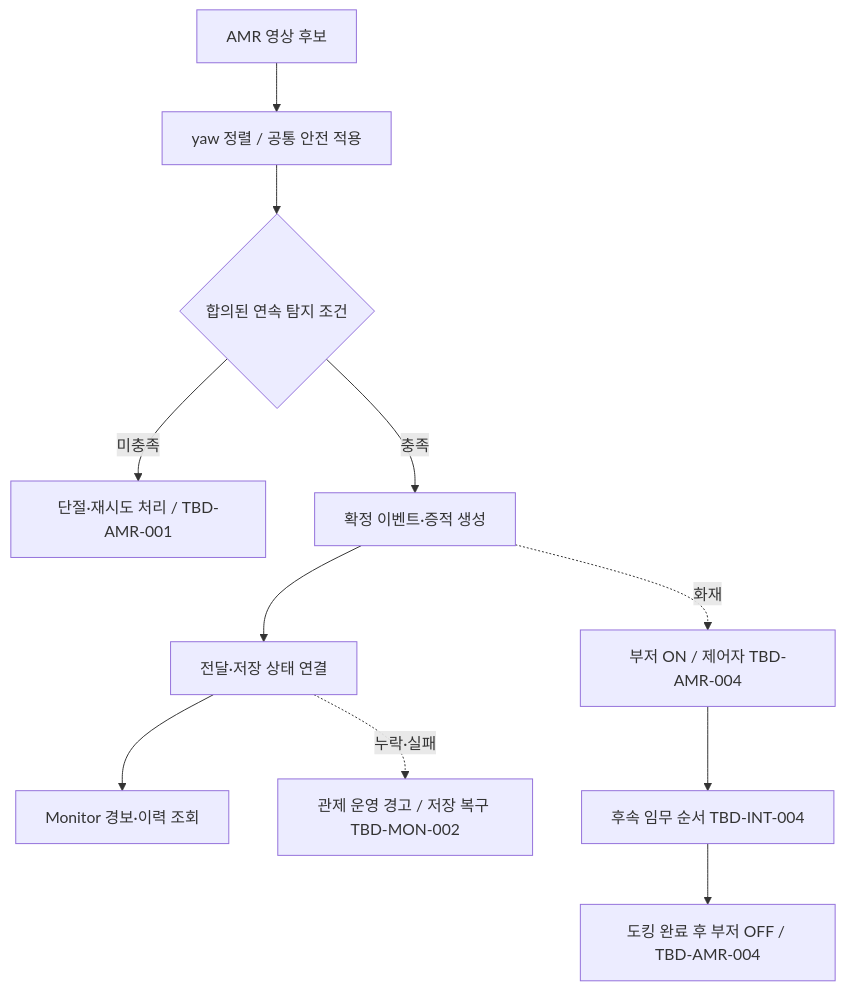
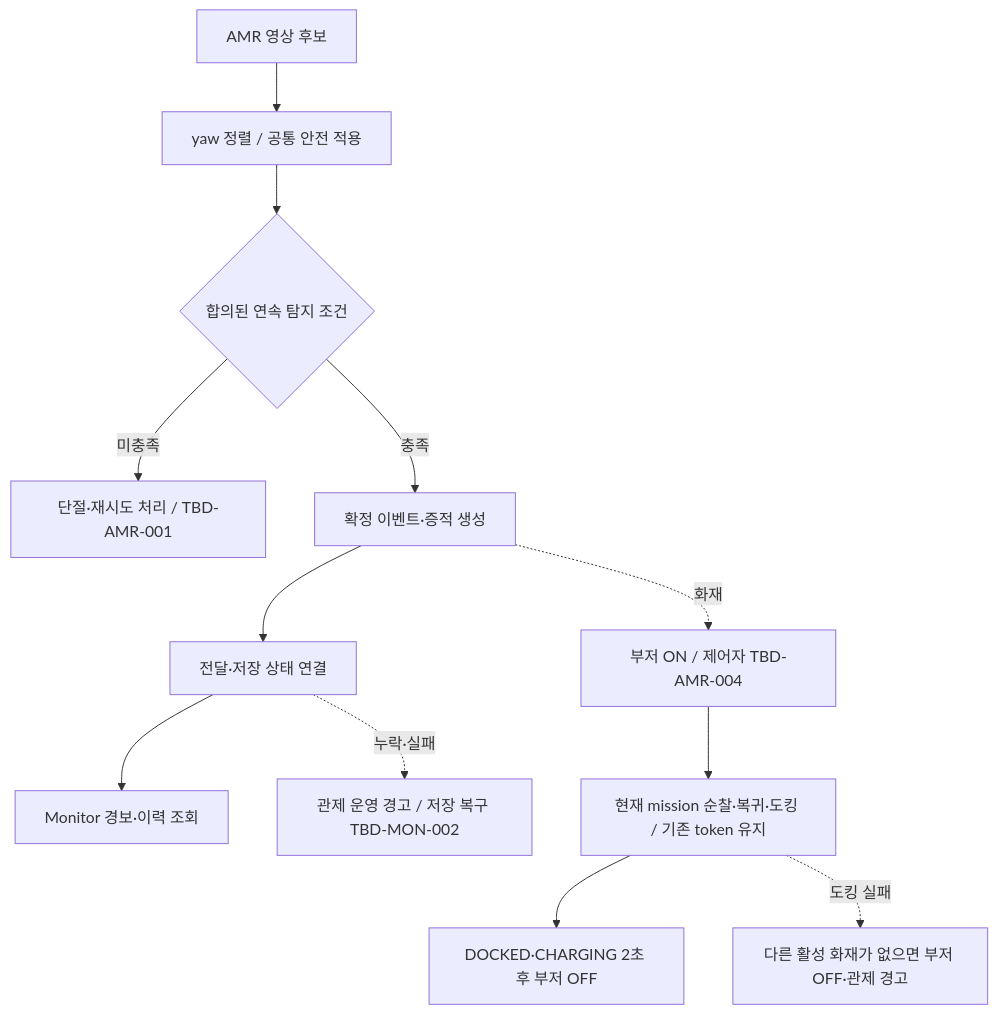
Before and after one commit to suuuhululu/patrol: the second of 8 diagrams in docs/scenarios.md, drawn with Mermaid. The commit also changed other lines of this file and 5 other files, not shown here.

Commit message:
AMR 팀과 TBD 합의사항 추가

```diff
--- a/docs/scenarios.md
+++ b/docs/scenarios.md
@@ -79,13 +79,14 @@
 ~~~mermaid
 flowchart TD
     A[AMR 영상 후보] --> B[yaw 정렬 / 공통 안전 적용]
     B --> C{합의된 연속 탐지 조건}
     C -->|미충족| D[단절·재시도 처리 / TBD-AMR-001]
     C -->|충족| E[확정 이벤트·증적 생성]
     E --> F[전달·저장 상태 연결]
     F --> G[Monitor 경보·이력 조회]
     F -. 누락·실패 .-> H[관제 운영 경고 / 저장 복구 TBD-MON-002]
     E -. 화재 .-> I[부저 ON / 제어자 TBD-AMR-004]
-    I --> J[후속 임무 순서 TBD-INT-004]
-    J --> K[도킹 완료 후 부저 OFF / TBD-AMR-004]
+    I --> J[현재 mission 순찰·복귀·도킹 / 기존 token 유지]
+    J --> K[DOCKED·CHARGING 2초 후 부저 OFF]
+    J -. 도킹 실패 .-> L[다른 활성 화재가 없으면 부저 OFF·관제 경고]
 ~~~
```
